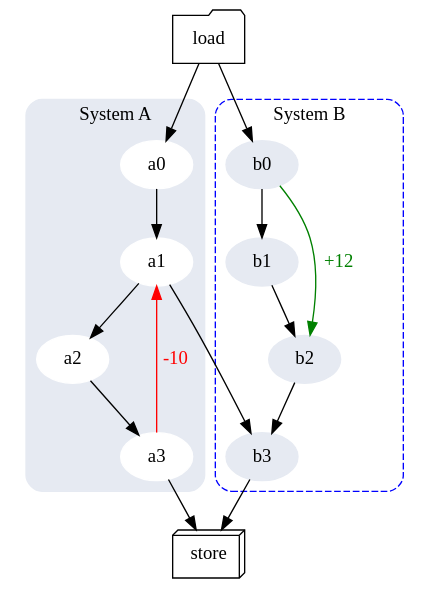
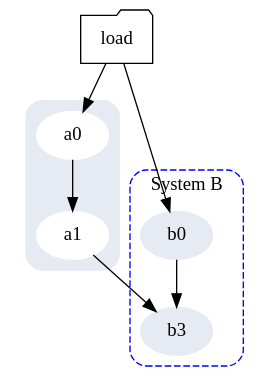
Before and after one commit to wangkuiyi/pandoc-with-graphviz-filter: the diagram in README.md, drawn with Graphviz. The commit also changed other lines of this file, not shown here.

Commit message:
Simplify README.md

````diff
--- a/README.md
+++ b/README.md
@@ -15,32 +15,26 @@
 ```dot
 digraph G {
   bgcolor="#ffffff00"
 
   subgraph cluster_0 {
     style="filled, rounded";
     color="#E6EAF2"
     node [style=filled,color=white];
-    a0 -> a1 -> a2 -> a3;
-    a3 -> a1 [label = " -10" color=red fontcolor=red];
-    label = "System A";
+    a0 -> a1;
   }
 
   subgraph cluster_1 {
     node [style=filled color="#E6EAF2"];
-    b0 -> b1 -> b2 -> b3;
-    b0 -> b2 [label = " +12" color=green fontcolor=green];
+    b0 -> b3;
     label = "System B";
     style="dashed, rounded"
     color=blue
   }
 
   start -> a0;
   start -> b0;
   a1 -> b3;
-  a3 -> end;
-  b3 -> end;
 
   start [label="load" shape=folder];
-  end [label="store" shape=box3d];
 }
 ```
````
